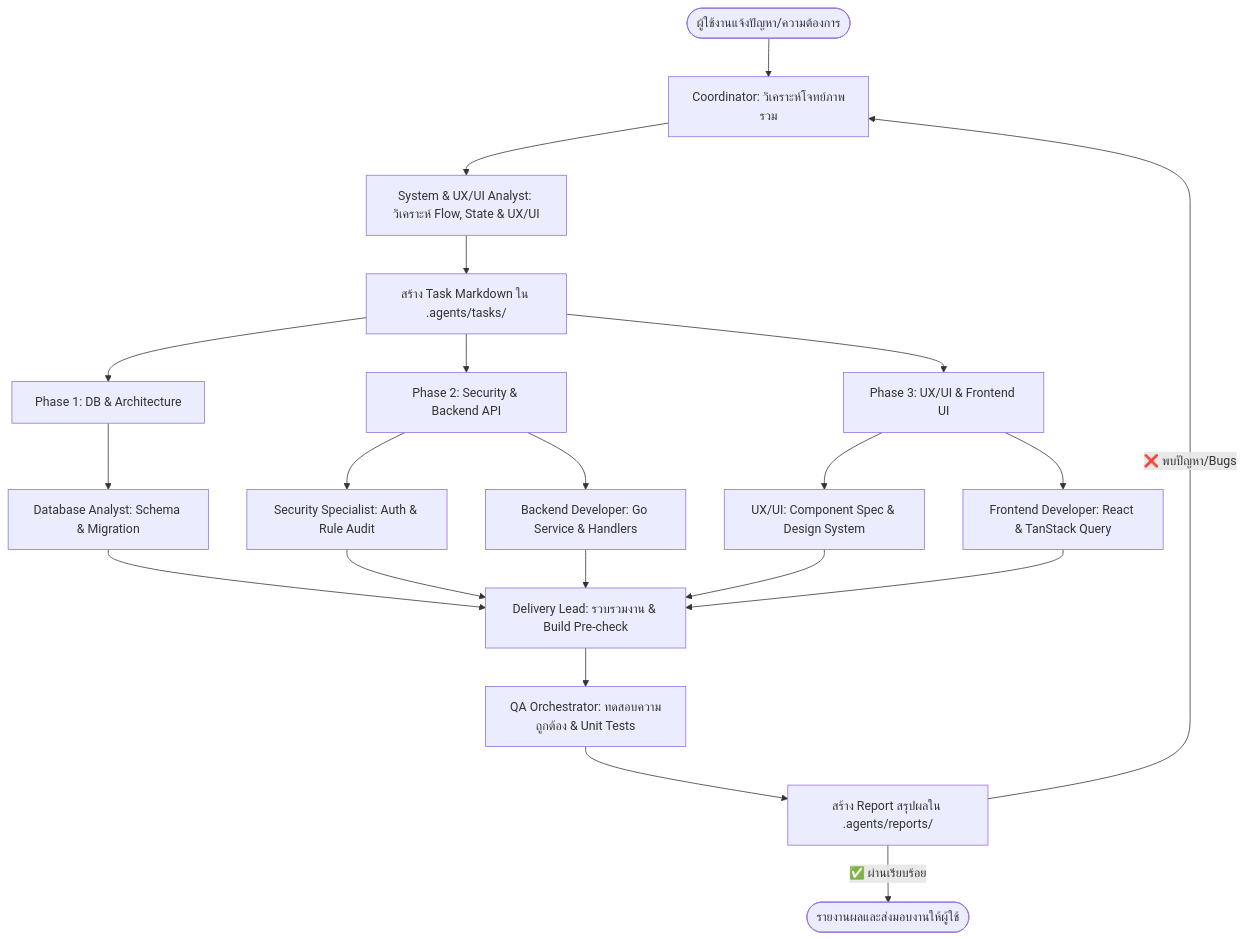
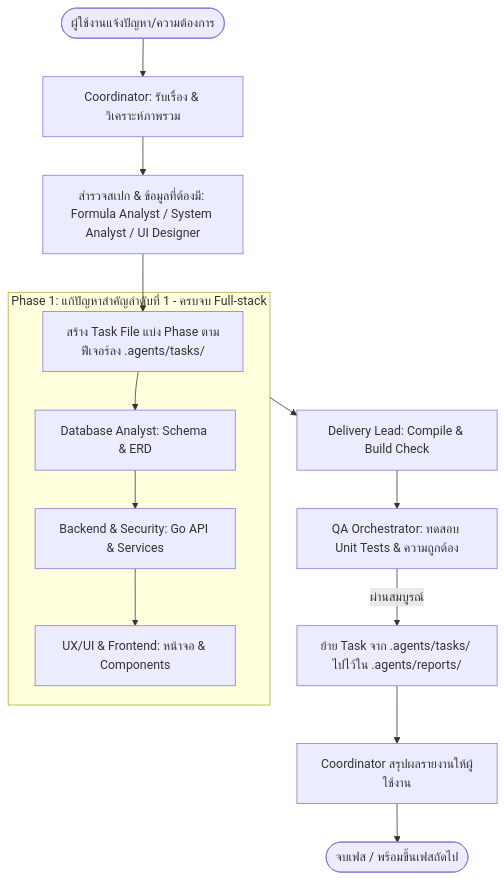
One commit to Joun77/som-sing-phim-printing changed the diagram in .agents/skills/somsing-coordinator/SKILL.md. Above: the diagram before and after it, drawn with Mermaid. The commit also changed other lines of this file and 98 other files, not shown here.

````diff
--- a/.agents/skills/somsing-coordinator/SKILL.md
+++ b/.agents/skills/somsing-coordinator/SKILL.md
@@ -38,27 +40,19 @@
 ```mermaid
 graph TD
-    User([ผู้ใช้งานแจ้งปัญหา/ความต้องการ]) --> Coord[Coordinator: วิเคราะห์โจทย์ภาพรวม]
-    Coord --> SA[System & UX/UI Analyst: วิเคราะห์ Flow, State & UX/UI]
-    SA --> TaskMD[สร้าง Task Markdown ใน .agents/tasks/]
+    User([ผู้ใช้งานแจ้งปัญหา/ความต้องการ]) --> Coord[Coordinator: รับเรื่อง & วิเคราะห์ภาพรวม]
+    Coord --> Discovery[สำรวจสเปก & ข้อมูลที่ต้องมี: Formula Analyst / System Analyst / UI Designer]
+    Discovery --> TaskMD[สร้าง Task File แบ่ง Phase ตามฟีเจอร์ลง .agents/tasks/]
     
-    TaskMD --> Phase1[Phase 1: DB & Architecture]
-    TaskMD --> Phase2[Phase 2: Security & Backend API]
-    TaskMD --> Phase3[Phase 3: UX/UI & Frontend UI]
+    subgraph ExecutionPhase1 [Phase 1: แก้ปัญหาสำคัญลำดับที่ 1 - ครบจบ Full-stack]
+        TaskMD --> DBA1[Database Analyst: Schema & ERD]
+        DBA1 --> BE1[Backend & Security: Go API & Services]
+        BE1 --> FE1[UX/UI & Frontend: หน้าจอ & Components]
+    end
 
-    Phase1 --> DBA[Database Analyst: Schema & Migration]
-    Phase2 --> Sec[Security Specialist: Auth & Rule Audit]
-    Phase2 --> BE[Backend Developer: Go Service & Handlers]
-    Phase3 --> Design[UX/UI: Component Spec & Design System]
-    Phase3 --> FE[Frontend Developer: React & TanStack Query]
-
-    DBA --> Lead[Delivery Lead: รวบรวมงาน & Build Pre-check]
-    Sec --> Lead
-    BE --> Lead
-    Design --> Lead
-    FE --> Lead
-
-    Lead --> QA[QA Orchestrator: ทดสอบความถูกต้อง & Unit Tests]
-    QA --> ReportMD[สร้าง Report สรุปผลใน .agents/reports/]
-    ReportMD -->|❌ พบปัญหา/Bugs| Coord
-    ReportMD -->|✅ ผ่านเรียบร้อย| Done([รายงานผลและส่งมอบงานให้ผู้ใช้])
+    ExecutionPhase1 --> Lead[Delivery Lead: Compile & Build Check]
+    Lead --> QA[QA Orchestrator: ทดสอบ Unit Tests & ความถูกต้อง]
+    
+    QA -->|ผ่านสมบูรณ์| Archive[ย้าย Task จาก .agents/tasks/ ไปไว้ใน .agents/reports/]
+    Archive --> CoordReport[Coordinator สรุปผลรายงานให้ผู้ใช้งาน]
+    CoordReport --> Done([จบเฟส / พร้อมขึ้นเฟสถัดไป])
 ```
````
